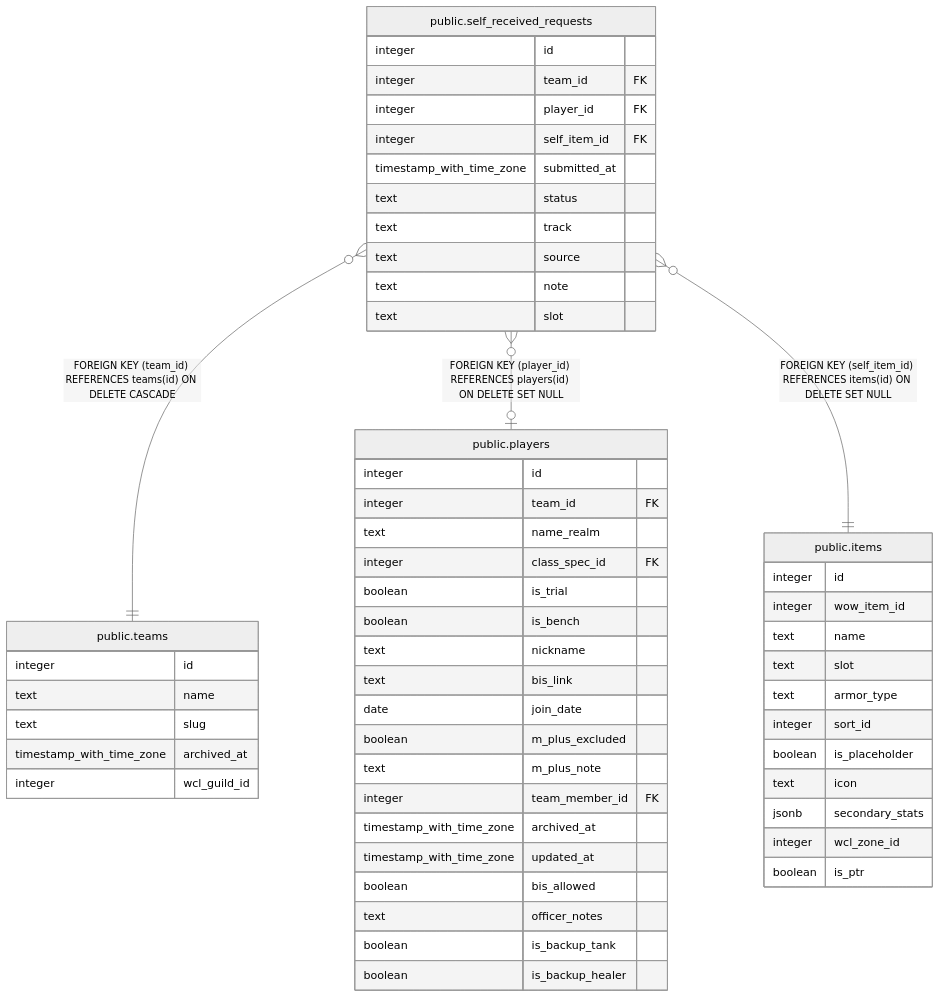
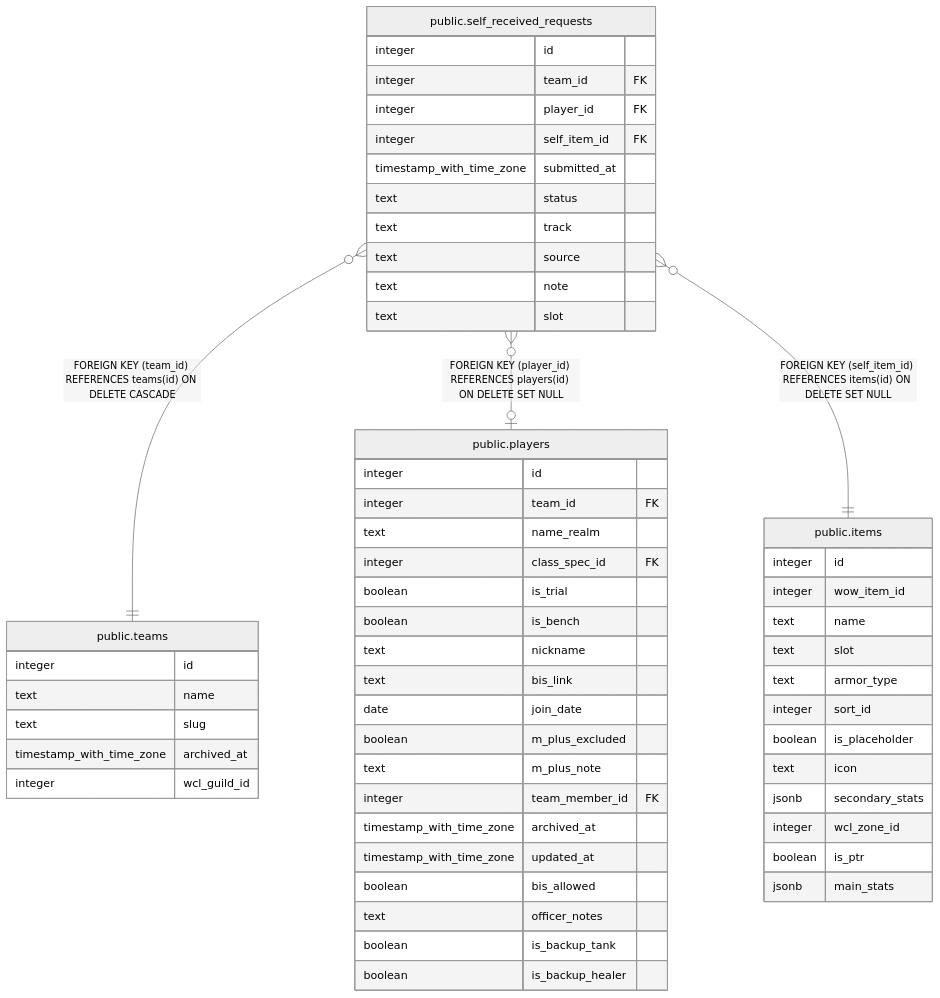
One commit to katogaming88/Phoenix-Roster changed the diagram in dbdoc/public.self_received_requests.md. Above: the diagram before and after it, drawn with Mermaid (neutral theme). The commit also changed 25 other files, not shown here.

````diff
--- a/dbdoc/public.self_received_requests.md
+++ b/dbdoc/public.self_received_requests.md
@@ -44,60 +44,61 @@
 ```mermaid
 erDiagram
 
 "public.self_received_requests" }o--|| "public.teams" : "FOREIGN KEY (team_id) REFERENCES teams(id) ON DELETE CASCADE"
 "public.self_received_requests" }o--o| "public.players" : "FOREIGN KEY (player_id) REFERENCES players(id) ON DELETE SET NULL"
 "public.self_received_requests" }o--|| "public.items" : "FOREIGN KEY (self_item_id) REFERENCES items(id) ON DELETE SET NULL"
 
 "public.self_received_requests" {
   integer id
   integer team_id FK
   integer player_id FK
   integer self_item_id FK
   timestamp_with_time_zone submitted_at
   text status
   text track
   text source
   text note
   text slot
 }
 "public.teams" {
   integer id
   text name
   text slug
   timestamp_with_time_zone archived_at
   integer wcl_guild_id
 }
 "public.players" {
   integer id
   integer team_id FK
   text name_realm
   integer class_spec_id FK
   boolean is_trial
   boolean is_bench
   text nickname
   text bis_link
   date join_date
   boolean m_plus_excluded
   text m_plus_note
   integer team_member_id FK
   timestamp_with_time_zone archived_at
   timestamp_with_time_zone updated_at
   boolean bis_allowed
   text officer_notes
   boolean is_backup_tank
   boolean is_backup_healer
 }
 "public.items" {
   integer id
   integer wow_item_id
   text name
   text slot
   text armor_type
   integer sort_id
   boolean is_placeholder
   text icon
   jsonb secondary_stats
   integer wcl_zone_id
   boolean is_ptr
+  jsonb main_stats
 }
 ```
````
